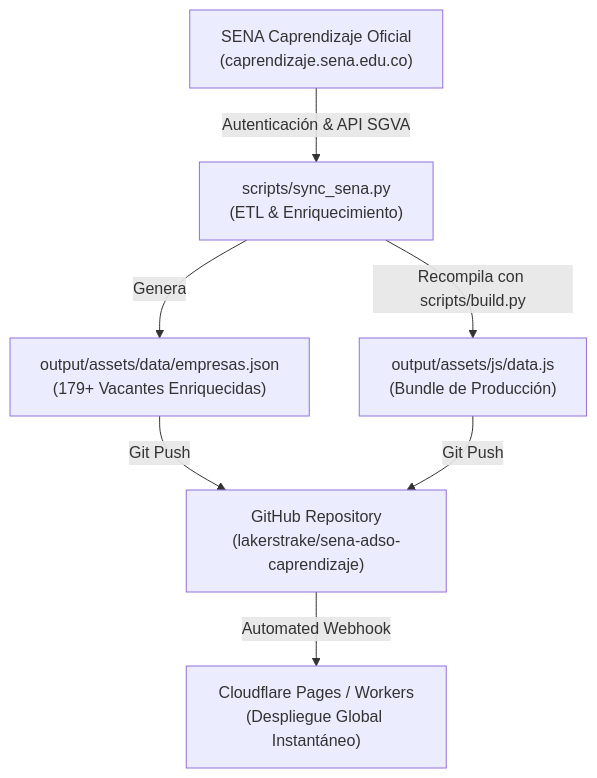
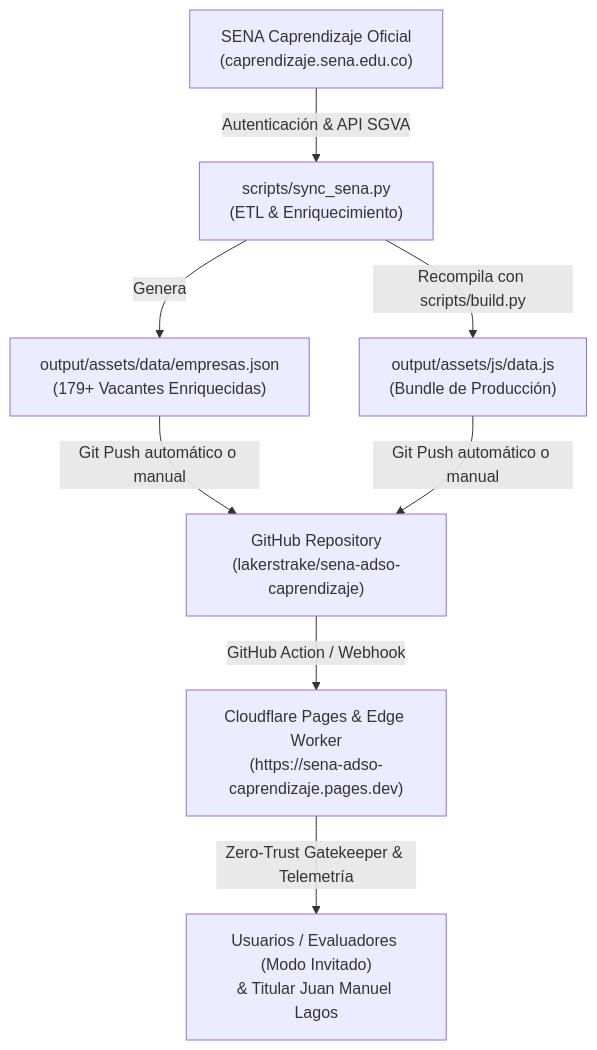
One commit to lakerstrake/sena-adso-caprendizaje changed the diagram in docs/SYNC_PIPELINE.md. Above: the diagram before and after it, drawn with Mermaid. The commit also changed other lines of this file and 14 other files, not shown here.

Commit message:
feat(security & cloudflare): default guest mode, high-end responsive UI (13-17 inch), professional CV links, and Cloudflare Pages sync pipeline

````diff
--- a/docs/SYNC_PIPELINE.md
+++ b/docs/SYNC_PIPELINE.md
@@ -9,8 +9,9 @@
 ```mermaid
 flowchart TD
     A["SENA Caprendizaje Oficial\n(caprendizaje.sena.edu.co)"] -->|Autenticación & API SGVA| B["scripts/sync_sena.py\n(ETL & Enriquecimiento)"]
     B -->|Genera| C["output/assets/data/empresas.json\n(179+ Vacantes Enriquecidas)"]
     B -->|Recompila con scripts/build.py| D["output/assets/js/data.js\n(Bundle de Producción)"]
-    C & D -->|Git Push| E["GitHub Repository\n(lakerstrake/sena-adso-caprendizaje)"]
-    E -->|Automated Webhook| F["Cloudflare Pages / Workers\n(Despliegue Global Instantáneo)"]
+    C & D -->|Git Push automático o manual| E["GitHub Repository\n(lakerstrake/sena-adso-caprendizaje)"]
+    E -->|GitHub Action / Webhook| F["Cloudflare Pages & Edge Worker\n(https://sena-adso-caprendizaje.pages.dev)"]
+    F -->|Zero-Trust Gatekeeper & Telemetría| G["Usuarios / Evaluadores (Modo Invitado)\n& Titular Juan Manuel Lagos"]
 ```
````
